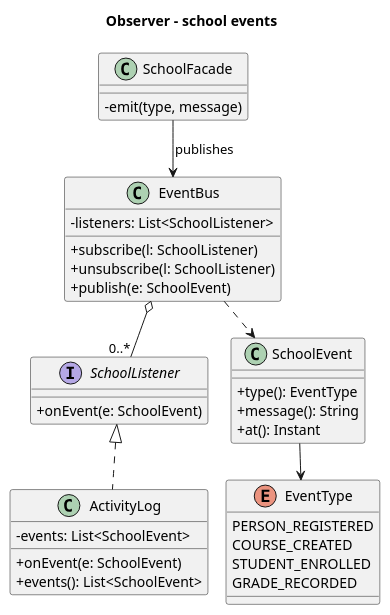
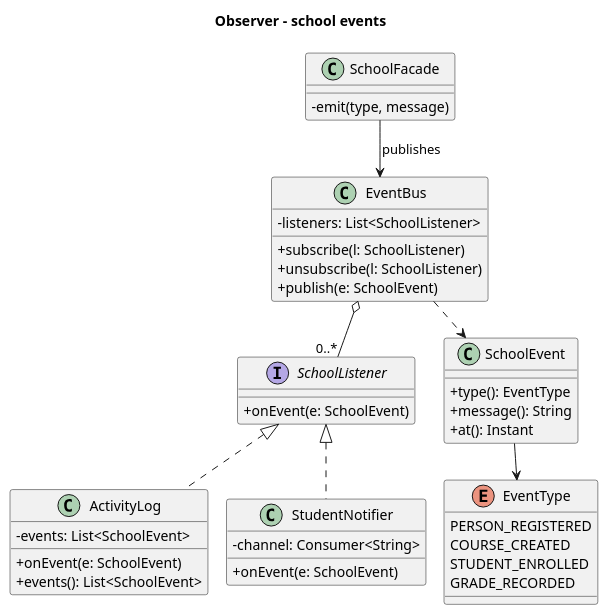
One commit to Asylstyle/school-management-system changed the diagram in docs/uml/observer.puml. Above: the diagram before and after it, drawn with PlantUML. The commit also changed 12 other files, not shown here.

Commit message:
Update report, diagrams and screenshots for StudentNotifier

```diff
--- a/docs/uml/observer.puml
+++ b/docs/uml/observer.puml
@@ -1,41 +1,46 @@
 @startuml observer
 !pragma layout smetana
 title Observer - school events
 skinparam classAttributeIconSize 0
 skinparam shadowing false
 
 class EventBus {
   -listeners: List<SchoolListener>
   +subscribe(l: SchoolListener)
   +unsubscribe(l: SchoolListener)
   +publish(e: SchoolEvent)
 }
 interface SchoolListener {
   +onEvent(e: SchoolEvent)
 }
 class ActivityLog {
   -events: List<SchoolEvent>
   +onEvent(e: SchoolEvent)
   +events(): List<SchoolEvent>
 }
+class StudentNotifier {
+  -channel: Consumer<String>
+  +onEvent(e: SchoolEvent)
+}
 class SchoolEvent {
   +type(): EventType
   +message(): String
   +at(): Instant
 }
 enum EventType {
   PERSON_REGISTERED
   COURSE_CREATED
   STUDENT_ENROLLED
   GRADE_RECORDED
 }
 class SchoolFacade {
   -emit(type, message)
 }
 
 EventBus o-- "0..*" SchoolListener
 SchoolListener <|.. ActivityLog
+SchoolListener <|.. StudentNotifier
 EventBus ..> SchoolEvent
 SchoolEvent --> EventType
 SchoolFacade --> EventBus : publishes
 @enduml
```
